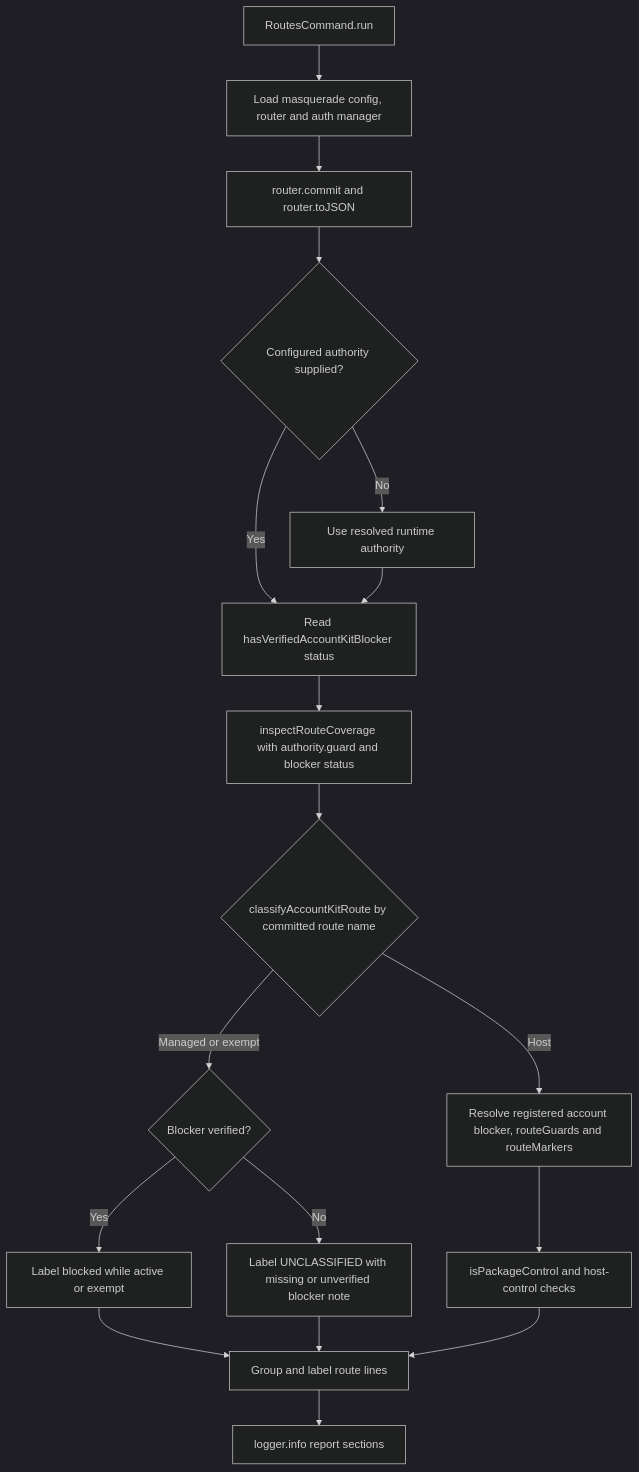
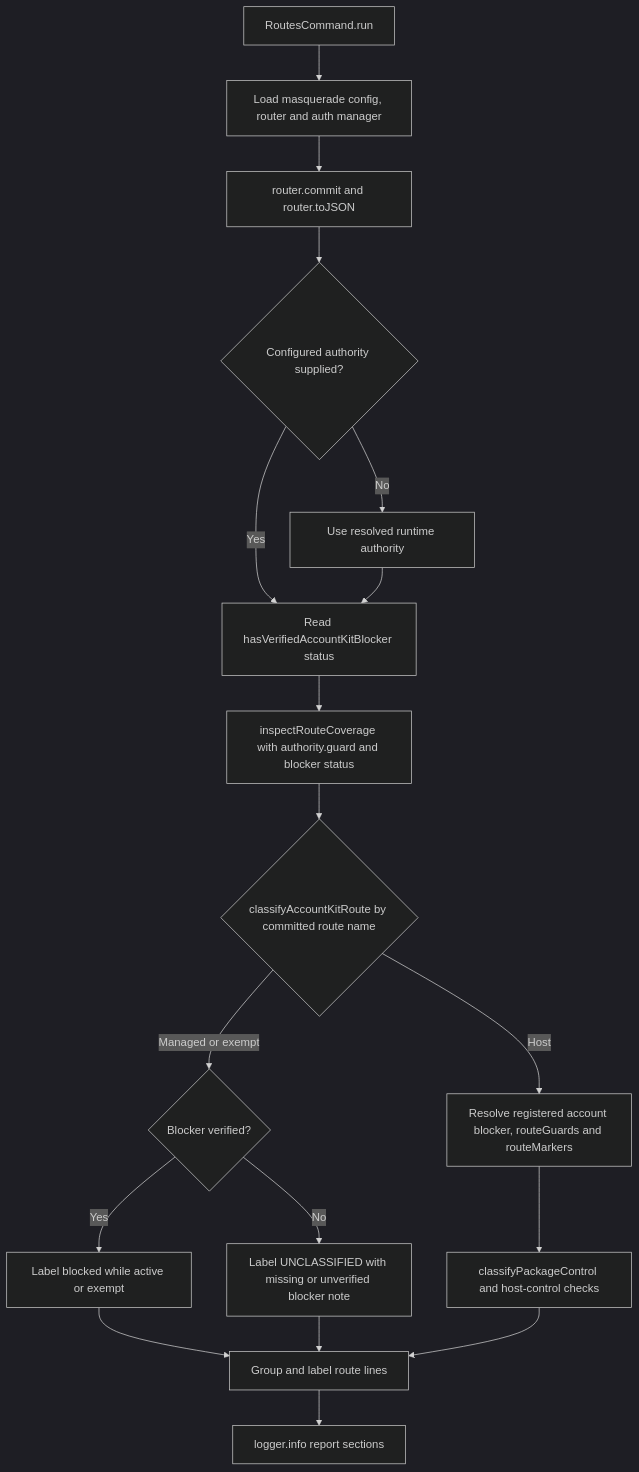
The second of 2 diagrams in user-stories/review-routes/us-ops-02-review-routes.md (Kevinjohn/oss-adonisjs-masquerade), drawn with Mermaid (dark theme) before and after one commit. The commit also changed 61 other files, not shown here.

````diff
--- a/user-stories/review-routes/us-ops-02-review-routes.md
+++ b/user-stories/review-routes/us-ops-02-review-routes.md
@@ -34,20 +34,20 @@
 ```mermaid
 flowchart TD
     A["RoutesCommand.run"] --> B["Load masquerade config, router and auth manager"]
     B --> C["router.commit and router.toJSON"]
     C --> A2{"Configured authority supplied?"}
     A2 -->|Yes| S["Read hasVerifiedAccountKitBlocker status"]
     A2 -->|No| R["Use resolved runtime authority"]
     R --> S
     S --> D["inspectRouteCoverage with authority.guard and blocker status"]
     D --> Q{"classifyAccountKitRoute by committed route name"}
     Q -->|Managed or exempt| V{"Blocker verified?"}
     V -->|Yes| X["Label blocked while active or exempt"]
     V -->|No| U["Label UNCLASSIFIED with missing or unverified blocker note"]
     Q -->|Host| E["Resolve registered account blocker, routeGuards and routeMarkers"]
-    E --> F["isPackageControl and host-control checks"]
+    E --> F["classifyPackageControl and host-control checks"]
     X --> G["Group and label route lines"]
     U --> G
     F --> G
     G --> H["logger.info report sections"]
 ```
````
